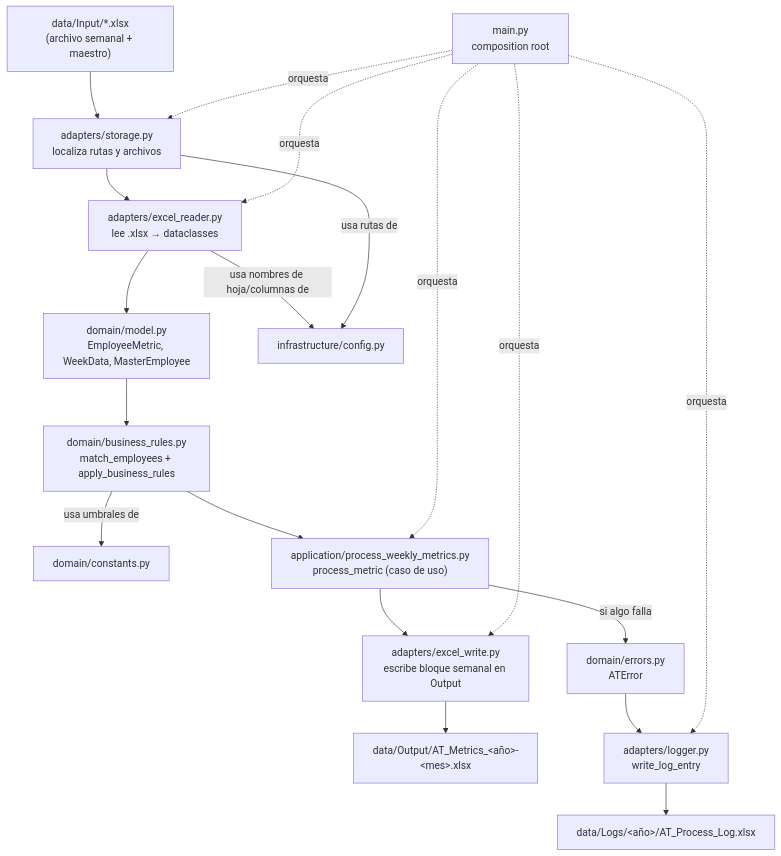
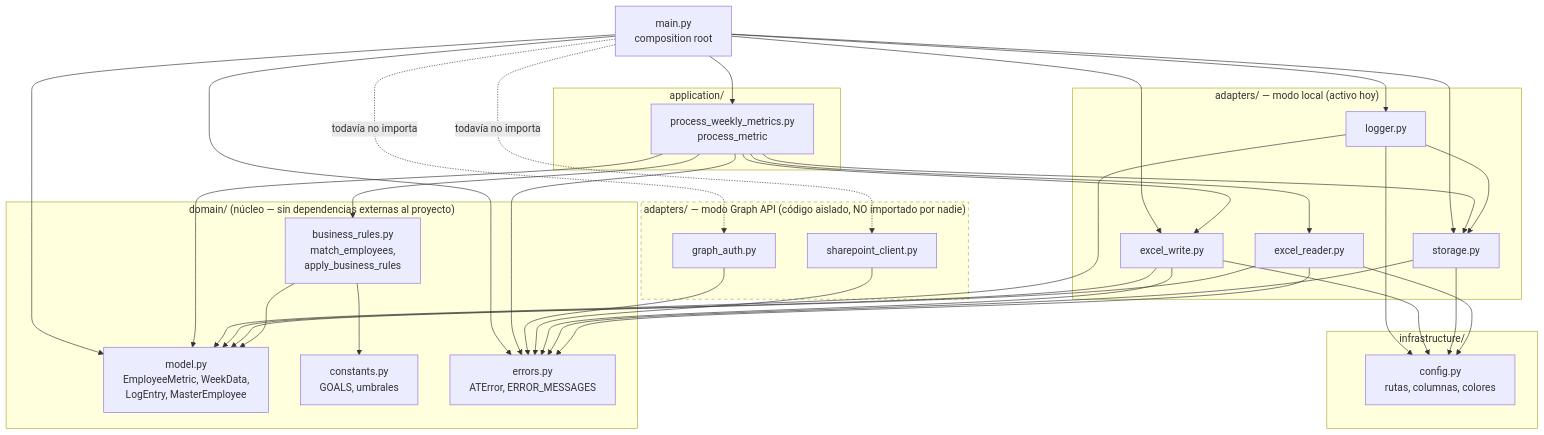
One commit to Eduar07/Ejercicio_python changed the first of 3 diagrams in README.md. Above: the diagram before and after it, drawn with Mermaid. The commit also changed other lines of this file, not shown here.

````diff
--- a/README.md
+++ b/README.md
@@ -31,21 +31,66 @@
 ```mermaid
 flowchart TD
-    A["data/Input/*.xlsx<br/>(archivo semanal + maestro)"] --> B["adapters/storage.py<br/>localiza rutas y archivos"]
-    B --> C["adapters/excel_reader.py<br/>lee .xlsx → dataclasses"]
-    C --> D["domain/model.py<br/>EmployeeMetric, WeekData, MasterEmployee"]
-    D --> E["domain/business_rules.py<br/>match_employees + apply_business_rules"]
-    E -->|"usa umbrales de"| F["domain/constants.py"]
-    C -->|"usa nombres de hoja/columnas de"| G["infrastructure/config.py"]
-    B -->|"usa rutas de"| G
-    E --> H["application/process_weekly_metrics.py<br/>process_metric (caso de uso)"]
-    H --> I["adapters/excel_write.py<br/>escribe bloque semanal en Output"]
-    I --> J["data/Output/AT_Metrics_&lt;año&gt;-&lt;mes&gt;.xlsx"]
-    H -->|"si algo falla"| K["domain/errors.py<br/>ATError"]
-    K --> L["adapters/logger.py<br/>write_log_entry"]
-    L --> M["data/Logs/&lt;año&gt;/AT_Process_Log.xlsx"]
-    N["main.py<br/>composition root"] -.orquesta.-> B
-    N -.orquesta.-> C
-    N -.orquesta.-> H
-    N -.orquesta.-> I
-    N -.orquesta.-> L
+    subgraph DOMAIN["domain/  (núcleo — sin dependencias externas al proyecto)"]
+        MODEL["model.py<br/>EmployeeMetric, WeekData,<br/>LogEntry, MasterEmployee"]
+        CONST["constants.py<br/>GOALS, umbrales"]
+        ERRORS["errors.py<br/>ATError, ERROR_MESSAGES"]
+        RULES["business_rules.py<br/>match_employees,<br/>apply_business_rules"]
+    end
+
+    subgraph INFRA["infrastructure/"]
+        CONFIG["config.py<br/>rutas, columnas, colores"]
+    end
+
+    subgraph ADLOCAL["adapters/  —  modo local (activo hoy)"]
+        STORAGE["storage.py"]
+        READER["excel_reader.py"]
+        WRITER["excel_write.py"]
+        LOGGER["logger.py"]
+    end
+
+    subgraph ADGRAPH["adapters/  —  modo Graph API (código aislado, NO importado por nadie)"]
+        AUTH["graph_auth.py"]
+        SPCLIENT["sharepoint_client.py"]
+    end
+
+    subgraph APP["application/"]
+        PROCESS["process_weekly_metrics.py<br/>process_metric"]
+    end
+
+    MAIN["main.py<br/>composition root"]
+
+    RULES --> CONST
+    RULES --> MODEL
+    READER --> MODEL
+    READER --> ERRORS
+    READER --> CONFIG
+    STORAGE --> ERRORS
+    STORAGE --> CONFIG
+    WRITER --> MODEL
+    WRITER --> ERRORS
+    WRITER --> CONFIG
+    LOGGER --> MODEL
+    LOGGER --> STORAGE
+    LOGGER --> CONFIG
+    SPCLIENT --> ERRORS
+    AUTH --> ERRORS
+
+    PROCESS --> READER
+    PROCESS --> WRITER
+    PROCESS --> STORAGE
+    PROCESS --> RULES
+    PROCESS --> MODEL
+    PROCESS --> ERRORS
+
+    MAIN --> PROCESS
+    MAIN --> STORAGE
+    MAIN --> WRITER
+    MAIN --> LOGGER
+    MAIN --> ERRORS
+    MAIN --> MODEL
+
+    MAIN -.->|"todavía no importa"| AUTH
+    MAIN -.->|"todavía no importa"| SPCLIENT
+
+    style ADGRAPH stroke-dasharray: 5 5
 ```
````
